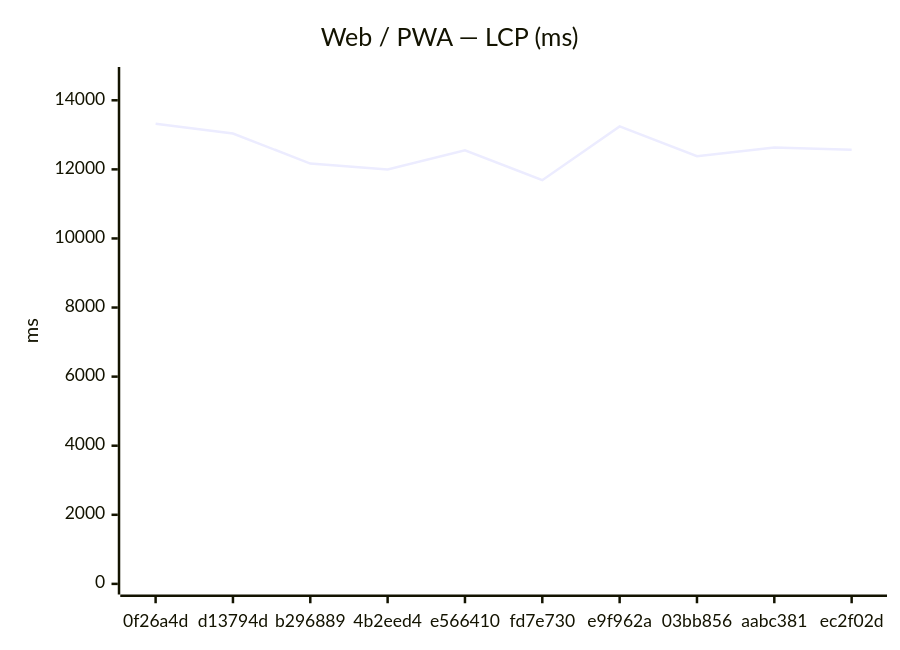
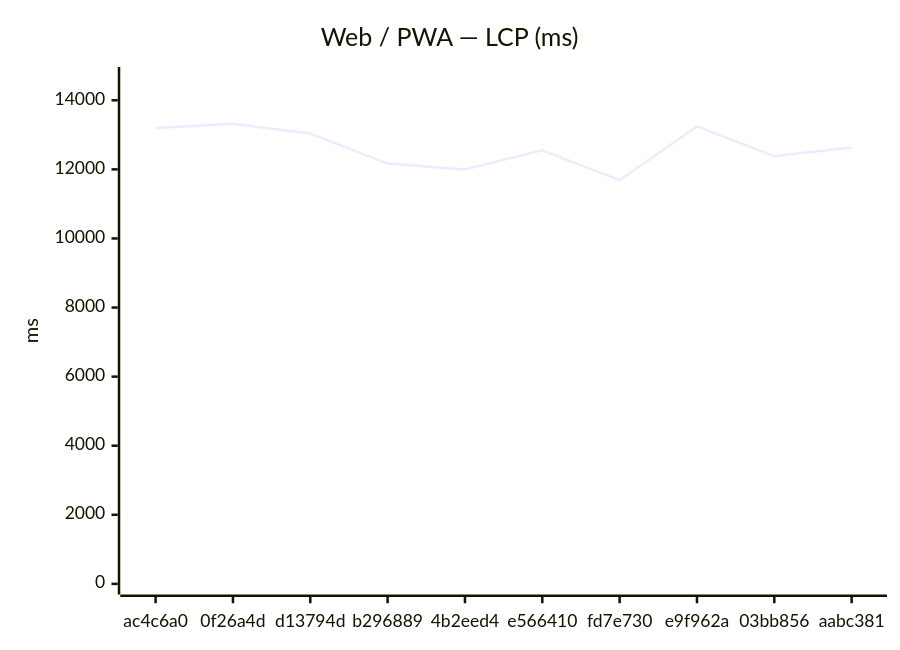
Before and after one commit to Metaheurist/Rianell: the first of 18 diagrams in benchmarks/compare.md, drawn with Mermaid. The commit also changed other lines of this file and 11 other files, not shown here.

````diff
--- a/benchmarks/compare.md
+++ b/benchmarks/compare.md
@@ -24,7 +24,7 @@
 ```mermaid
 xychart-beta
     title "Web / PWA — LCP (ms)"
-    x-axis ["0f26a4d", "d13794d", "b296889", "4b2eed4", "e566410", "fd7e730", "e9f962a", "03bb856", "aabc381", "ec2f02d"]
+    x-axis ["ac4c6a0", "0f26a4d", "d13794d", "b296889", "4b2eed4", "e566410", "fd7e730", "e9f962a", "03bb856", "aabc381"]
     y-axis "ms" 0 --> 14656
-    line [13323, 13038, 12168, 11999, 12553, 11687, 13245, 12382, 12632, 12566]
+    line [13197, 13323, 13038, 12168, 11999, 12553, 11687, 13245, 12382, 12632]
 ```
````
